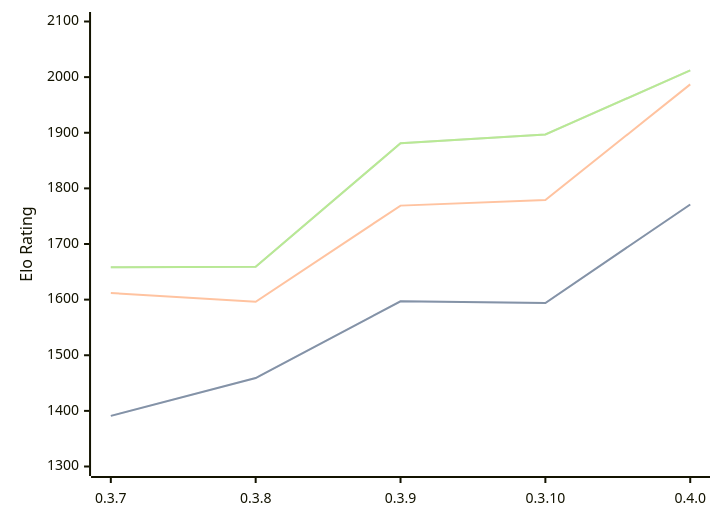
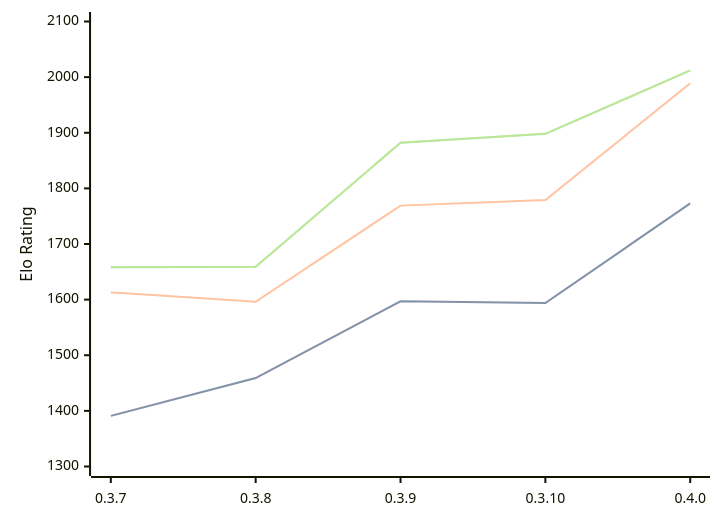
Before and after one commit to computer-chess-index/cci: the diagram in engines/Arche.md, drawn with Mermaid. The commit also changed other lines of this file, not shown here.

Commit message:
Update CCI Ratings (ELO VLTC) - 2026-10-02

````diff
--- a/engines/Arche.md
+++ b/engines/Arche.md
@@ -42,11 +42,11 @@
 ```mermaid
 %%{init: {"theme":"base","themeVariables":{"seriesColors:['#a3a3a3','#222221','#faa371']}}}%%
 xychart-beta
   x-axis ["0.3.7", "0.3.8", "0.3.9", "0.3.10", "0.4.0"]
   y-axis "Elo Rating" 1300 --> 2100
-  line "" [1391, 1459, 1597, 1594, 1771]
-  line "STC (8.0+0.08s)" [1391, 1459, 1597, 1594, 1771]
-  line "LTC (60.0+0.60s)" [1612, 1596, 1769, 1779, 1987]
-  line "" [1658, 1659, 1881, 1897, 2012]
-  line "VLTC (2m24s+1.12s)" [1658, 1659, 1881, 1897, 2012]
+  line "" [1391, 1459, 1597, 1594, 1773]
+  line "STC (8.0+0.08s)" [1391, 1459, 1597, 1594, 1773]
+  line "LTC (60.0+0.60s)" [1613, 1596, 1769, 1779, 1989]
+  line "" [1658, 1659, 1882, 1898, 2012]
+  line "VLTC (2m24s+1.12s)" [1658, 1659, 1882, 1898, 2012]
 ```
````
